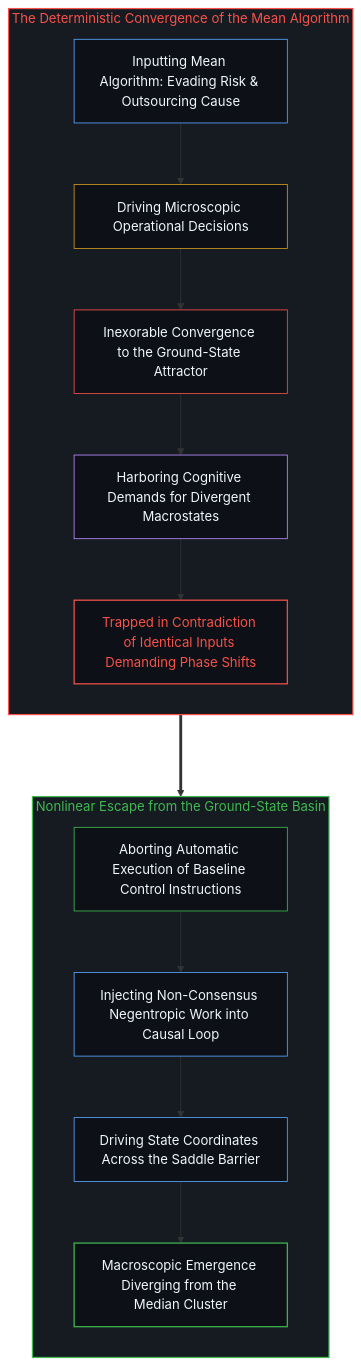
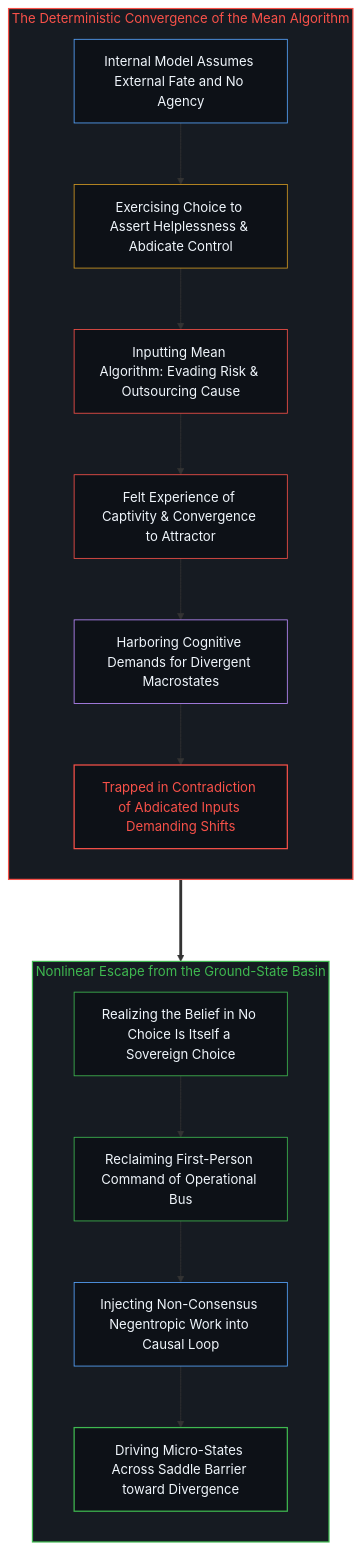
The fourth of 10 diagrams in content/posts/the-explanatory-trap-of-the-ordinary-perspective.md (powerpig99/not-a-toe), drawn with Mermaid before and after one commit. The commit also changed other lines of this file and 3 other files, not shown here.

Commit message:
Deepen Post #336: first-person causal abdication, cross-mind consensus illusion, and the choice of claiming no choice

````diff
--- a/content/posts/the-explanatory-trap-of-the-ordinary-perspective.md
+++ b/content/posts/the-explanatory-trap-of-the-ordinary-perspective.md
@@ -125,31 +131,33 @@
 ```mermaid
 graph TD
     subgraph S_MeanAttractor_EN ["The Deterministic Convergence of the Mean Algorithm"]
         direction TB
-        ME_Algo["Inputting Mean Algorithm: Evading Risk & Outsourcing Cause"] --> ME_Dynamics["Driving Microscopic Operational Decisions"]
-        ME_Dynamics --> ME_Attractor["Inexorable Convergence to the Ground-State Attractor"]
+        ME_Model["Internal Model Assumes External Fate and No Agency"] --> ME_Choice["Exercising Choice to Assert Helplessness & Abdicate Control"]
+        ME_Choice --> ME_Input["Inputting Mean Algorithm: Evading Risk & Outsourcing Cause"]
+        ME_Input --> ME_Attractor["Felt Experience of Captivity & Convergence to Attractor"]
         ME_Attractor --> ME_Desire["Harboring Cognitive Demands for Divergent Macrostates"]
-        ME_Desire --> ME_Conflict["Trapped in Contradiction of Identical Inputs Demanding Phase Shifts"]
+        ME_Desire --> ME_Conflict["Trapped in Contradiction of Abdicated Inputs Demanding Shifts"]
     end
 
     subgraph S_DivergentEngine_EN ["Nonlinear Escape from the Ground-State Basin"]
         direction TB
-        DE_Break["Aborting Automatic Execution of Baseline Control Instructions"] --> DE_Input["Injecting Non-Consensus Negentropic Work into Causal Loop"]
-        DE_Input --> DE_Shift["Driving State Coordinates Across the Saddle Barrier"]
-        DE_Shift --> DE_Emerge["Macroscopic Emergence Diverging from the Median Cluster"]
+        DE_Break["Realizing the Belief in No Choice Is Itself a Sovereign Choice"] --> DE_Reclaim["Reclaiming First-Person Command of Operational Bus"]
+        DE_Reclaim --> DE_Input["Injecting Non-Consensus Negentropic Work into Causal Loop"]
+        DE_Input --> DE_Emerge["Driving Micro-States Across Saddle Barrier toward Divergence"]
     end
 
     ME_Conflict ===> DE_Break
 
     style S_MeanAttractor_EN fill:#161b22,stroke:#f85149,stroke-width:1.5px,color:#f85149
     style S_DivergentEngine_EN fill:#161b22,stroke:#3fb950,stroke-width:1.5px,color:#3fb950
-    style ME_Algo fill:#0d1117,stroke:#58a6ff,stroke-width:1px,color:#f0f6fc
-    style ME_Dynamics fill:#0d1117,stroke:#d29922,stroke-width:1px,color:#f0f6fc
+    style ME_Model fill:#0d1117,stroke:#58a6ff,stroke-width:1px,color:#f0f6fc
+    style ME_Choice fill:#0d1117,stroke:#d29922,stroke-width:1px,color:#f0f6fc
+    style ME_Input fill:#0d1117,stroke:#f85149,stroke-width:1px,color:#f0f6fc
     style ME_Attractor fill:#0d1117,stroke:#f85149,stroke-width:1px,color:#f0f6fc
     style ME_Desire fill:#0d1117,stroke:#bc8cff,stroke-width:1px,color:#f0f6fc
     style ME_Conflict fill:#0d1117,stroke:#f85149,stroke-width:1.5px,color:#f85149
     style DE_Break fill:#0d1117,stroke:#3fb950,stroke-width:1px,color:#f0f6fc
+    style DE_Reclaim fill:#0d1117,stroke:#3fb950,stroke-width:1px,color:#f0f6fc
     style DE_Input fill:#0d1117,stroke:#58a6ff,stroke-width:1px,color:#f0f6fc
-    style DE_Shift fill:#0d1117,stroke:#58a6ff,stroke-width:1px,color:#f0f6fc
     style DE_Emerge fill:#0d1117,stroke:#3fb950,stroke-width:1.5px,color:#f0f6fc
 ```
````
